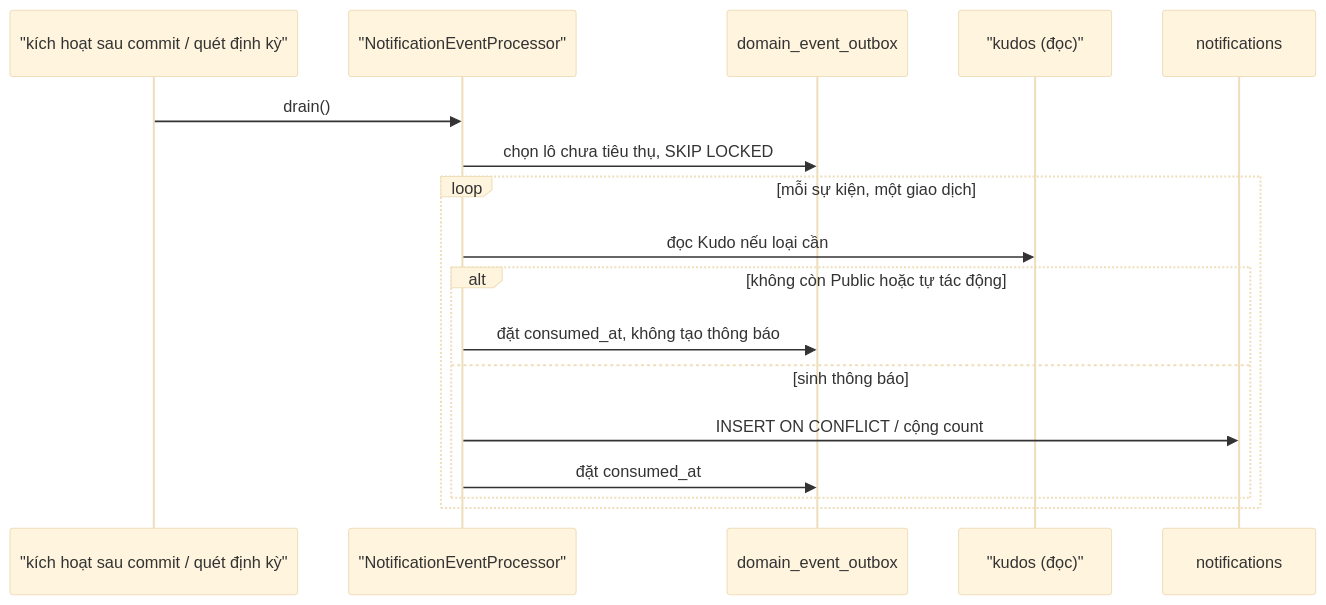
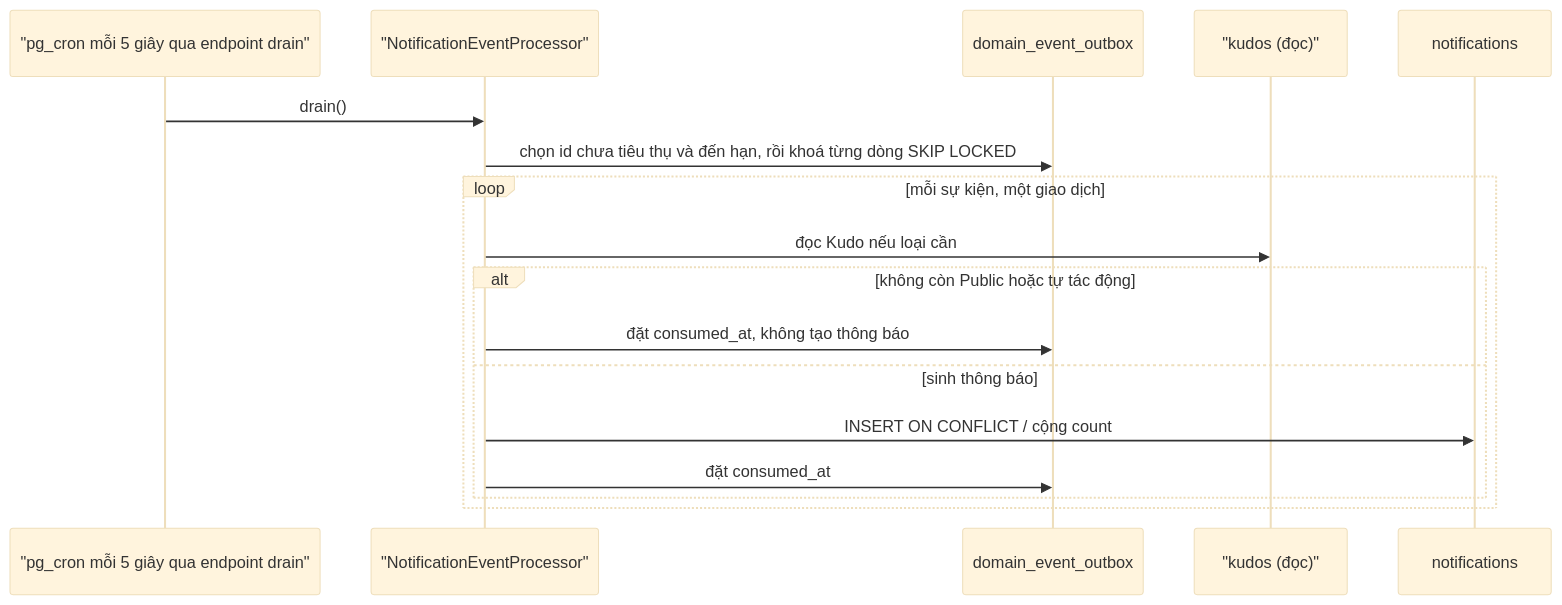
Before and after one commit to hailv-3571/agentic-coding-hands-on: the second of 5 diagrams in docs/features/F013_Notifications/technical-spec.md, drawn with Mermaid (base theme). The commit also changed other lines of this file and 36 other files, not shown here.

````diff
--- a/docs/features/F013_Notifications/technical-spec.md
+++ b/docs/features/F013_Notifications/technical-spec.md
@@ -87,19 +87,19 @@
 ```mermaid
 sequenceDiagram
-    participant J as "kích hoạt sau commit / quét định kỳ"
+    participant J as "pg_cron mỗi 5 giây qua endpoint drain"
     participant P as "NotificationEventProcessor"
     participant O as domain_event_outbox
     participant K as "kudos (đọc)"
     participant N as notifications
     J->>P: drain()
-    P->>O: chọn lô chưa tiêu thụ, SKIP LOCKED
+    P->>O: chọn id chưa tiêu thụ và đến hạn, rồi khoá từng dòng SKIP LOCKED
     loop mỗi sự kiện, một giao dịch
         P->>K: đọc Kudo nếu loại cần
         alt không còn Public hoặc tự tác động
             P->>O: đặt consumed_at, không tạo thông báo
         else sinh thông báo
             P->>N: INSERT ON CONFLICT / cộng count
             P->>O: đặt consumed_at
         end
     end
 ```
````
